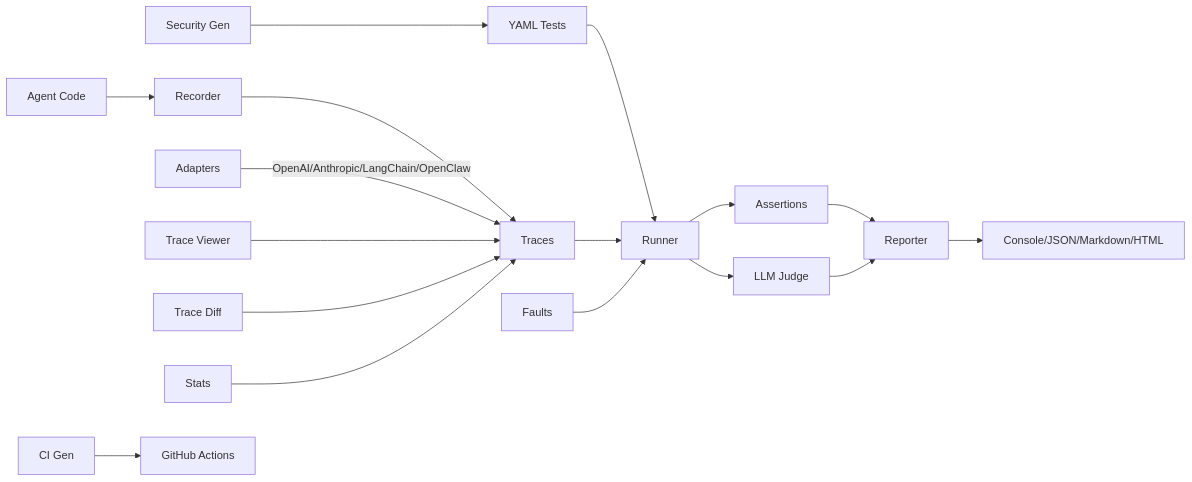
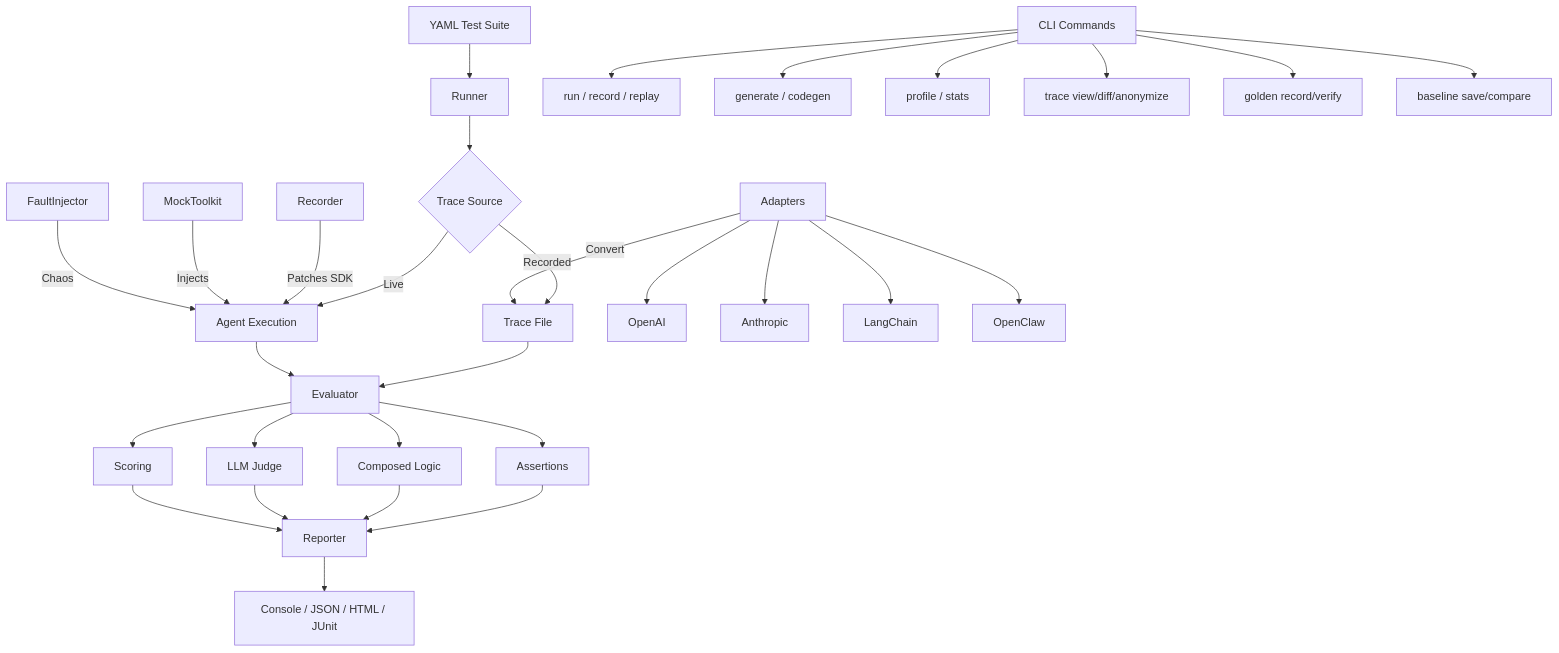
One commit to NeuZhou/agentprobe changed the diagram in README.md. Above: the diagram before and after it, drawn with Mermaid. The commit also changed other lines of this file and 16 other files, not shown here.

First line of the commit message:
v1.0.0: conversation testing, weighted scoring, NL test gen, anonymizer, profiler

````diff
--- a/README.md
+++ b/README.md
@@ -281,22 +179,36 @@
 ```mermaid
-graph LR
-    A[YAML Tests] --> B[Runner]
-    C[Traces] --> B
-    F[Faults] --> B
-    B --> D[Assertions]
-    B --> J[LLM Judge]
-    D --> E[Reporter]
-    J --> E
-    E --> G[Console/JSON/Markdown/HTML]
+graph TD
+    A[YAML Test Suite] --> B[Runner]
+    B --> C{Trace Source}
+    C -->|Recorded| D[Trace File]
+    C -->|Live| E[Agent Execution]
+    D --> F[Evaluator]
+    E --> F
+    F --> G[Assertions]
+    F --> H[Composed Logic]
+    F --> I[LLM Judge]
+    F --> J[Scoring]
+    G --> K[Reporter]
+    H --> K
+    I --> K
+    J --> K
+    K --> L[Console / JSON / HTML / JUnit]
 
-    I[Agent Code] --> R[Recorder]
-    R --> C
+    M[Recorder] -->|Patches SDK| E
+    N[MockToolkit] -->|Injects| E
+    O[FaultInjector] -->|Chaos| E
 
-    AD[Adapters] -->|OpenAI/Anthropic/LangChain/OpenClaw| C
+    P[Adapters] -->|Convert| D
+    P --> P1[OpenAI]
+    P --> P2[Anthropic]
+    P --> P3[LangChain]
+    P --> P4[OpenClaw]
 
-    V[Trace Viewer] --> C
-    DF[Trace Diff] --> C
-    ST[Stats] --> C
-    S[Security Gen] --> A
-    CI[CI Gen] --> GH[GitHub Actions]
+    Q[CLI Commands]
+    Q --> Q1[run / record / replay]
+    Q --> Q2[generate / codegen]
+    Q --> Q3[profile / stats]
+    Q --> Q4[trace view/diff/anonymize]
+    Q --> Q5[golden record/verify]
+    Q --> Q6[baseline save/compare]
 ```
````
